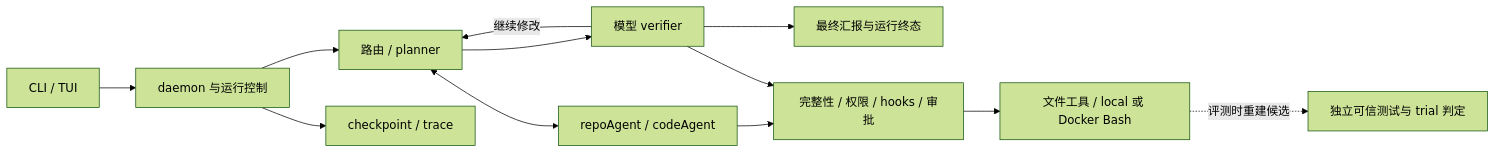
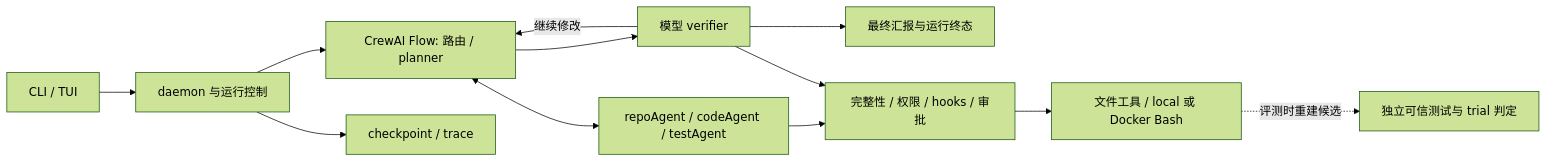
The diagram in README.md (nicedream18/CodeAgent), drawn with Mermaid (forest theme) before and after one commit. The commit also changed other lines of this file and 109 other files, not shown here.

First line of the commit message:
feat: 实现独立测试 Agent 与 CrewAI 工作流编排

````diff
--- a/README.md
+++ b/README.md
@@ -5,14 +5,14 @@
 ```mermaid
 flowchart LR
     UI[CLI / TUI] --> D[daemon 与运行控制]
-    D --> R[路由 / planner]
-    R <--> S[repoAgent / codeAgent]
+    D --> R[CrewAI Flow: 路由 / planner]
+    R <--> S[repoAgent / codeAgent / testAgent]
     R --> V[模型 verifier]
     V -->|继续修改| R
     V --> F[最终汇报与运行终态]
     S --> T[完整性 / 权限 / hooks / 审批]
     V --> T
     T --> B[文件工具 / local 或 Docker Bash]
     D --> A[checkpoint / trace]
     B -.评测时重建候选.-> G[独立可信测试与 trial 判定]
 ```
````
